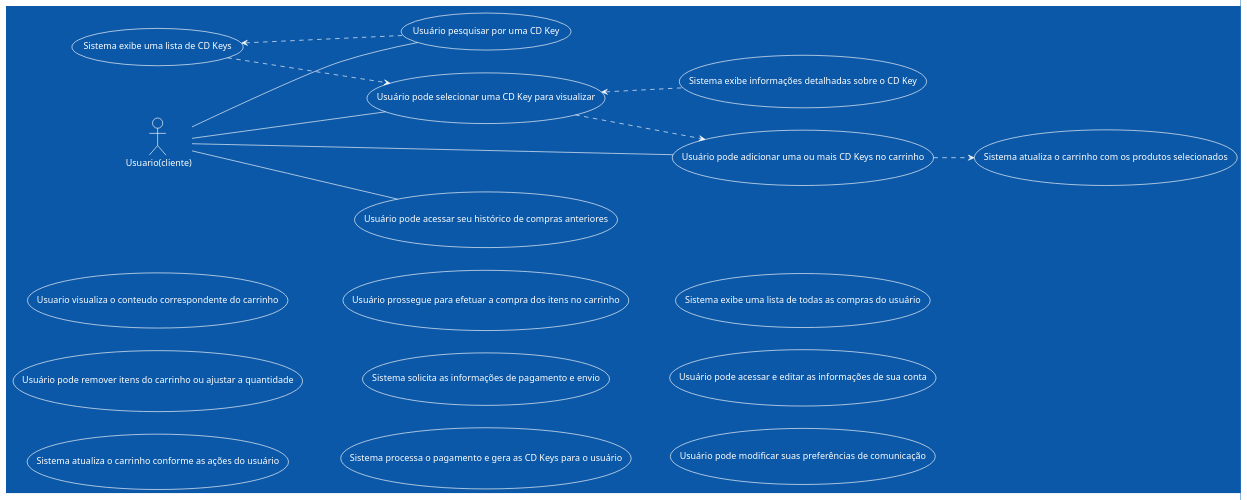
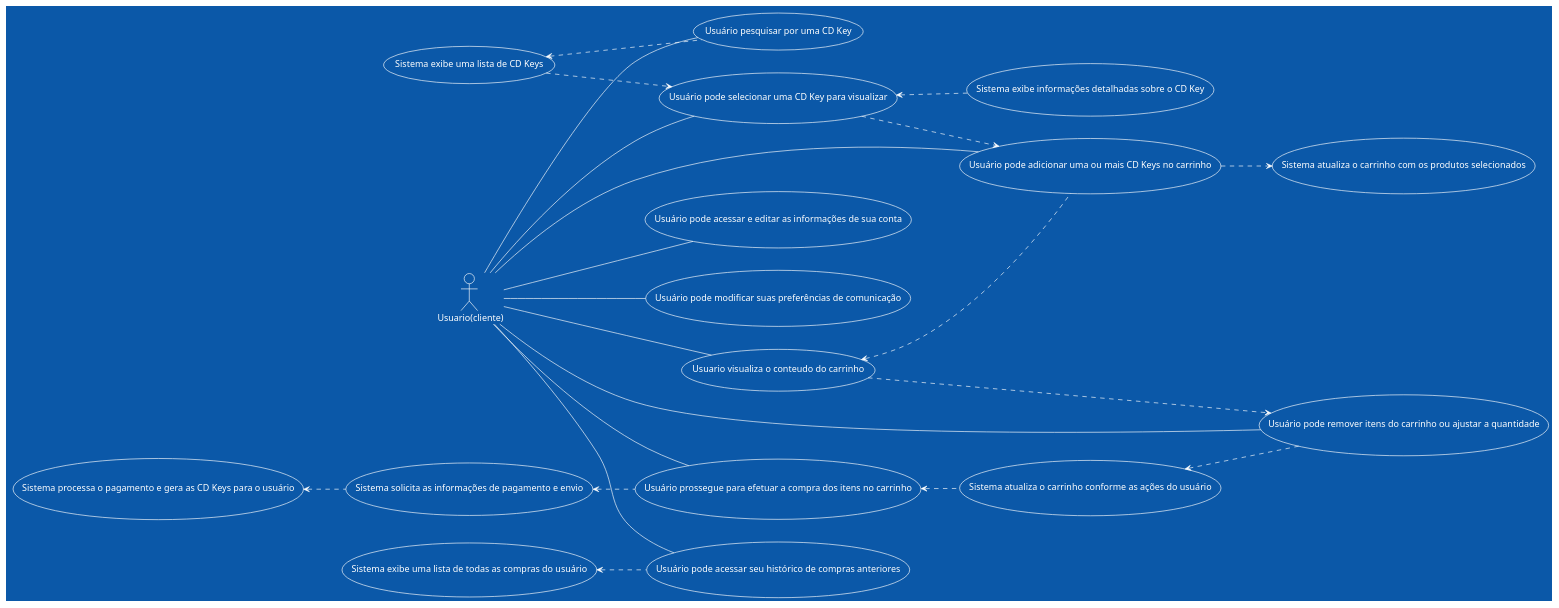
The diagram in Projeto.plantUML (willzin454/AnaliseP.S.---plantUML), drawn with PlantUML before and after one commit.

```diff
--- a/Projeto.plantUML
+++ b/Projeto.plantUML
@@ -1,38 +1,48 @@
-@startuml
+@startuml Project
 
     left to right direction
     !theme amiga
 
     : Usuario(cliente): as C1
 
     (Usuário pesquisar por uma CD Key) as CU001
     (Sistema exibe uma lista de CD Keys) as CU002
     (Usuário pode selecionar uma CD Key para visualizar) as CU003
     (Sistema exibe informações detalhadas sobre o CD Key) as CU004
     (Usuário pode adicionar uma ou mais CD Keys no carrinho) as CU005
     (Sistema atualiza o carrinho com os produtos selecionados) as CU006
-    (Usuario visualiza o conteudo correspondente do carrinho) as CU007
+    (Usuario visualiza o conteudo do carrinho) as CU007
     (Usuário pode remover itens do carrinho ou ajustar a quantidade) as CU008
     (Sistema atualiza o carrinho conforme as ações do usuário) as CU009
     (Usuário prossegue para efetuar a compra dos itens no carrinho) as CU010
     (Sistema solicita as informações de pagamento e envio) as CU011
     (Sistema processa o pagamento e gera as CD Keys para o usuário) as CU012
     (Usuário pode acessar seu histórico de compras anteriores) as CU013
     (Sistema exibe uma lista de todas as compras do usuário) as CU014
     (Usuário pode acessar e editar as informações de sua conta) as CU015
     (Usuário pode modificar suas preferências de comunicação) as CU016
 
-    C1 -- CU013
     C1 -- CU001
     C1 -- CU003
     C1 -- CU005
-
+    C1 -- CU007
+    C1 -- CU008
+    C1 -- CU010
+    C1 -- CU013
+    C1 -- CU015
+    C1 -- CU016
     
     CU002 <.. CU001
     CU002 ..> CU003
     CU003 <.. CU004
     CU003 ..> CU005
     CU005 ..> CU006
-
+    CU007 <.. CU005
+    CU007 ..> CU008
+    CU009 <.. CU008
+    CU010 <.. CU009
+    CU011 <.. CU010
+    CU012 <.. CU011
+    CU014 <.. CU013
 
 @enduml
```
